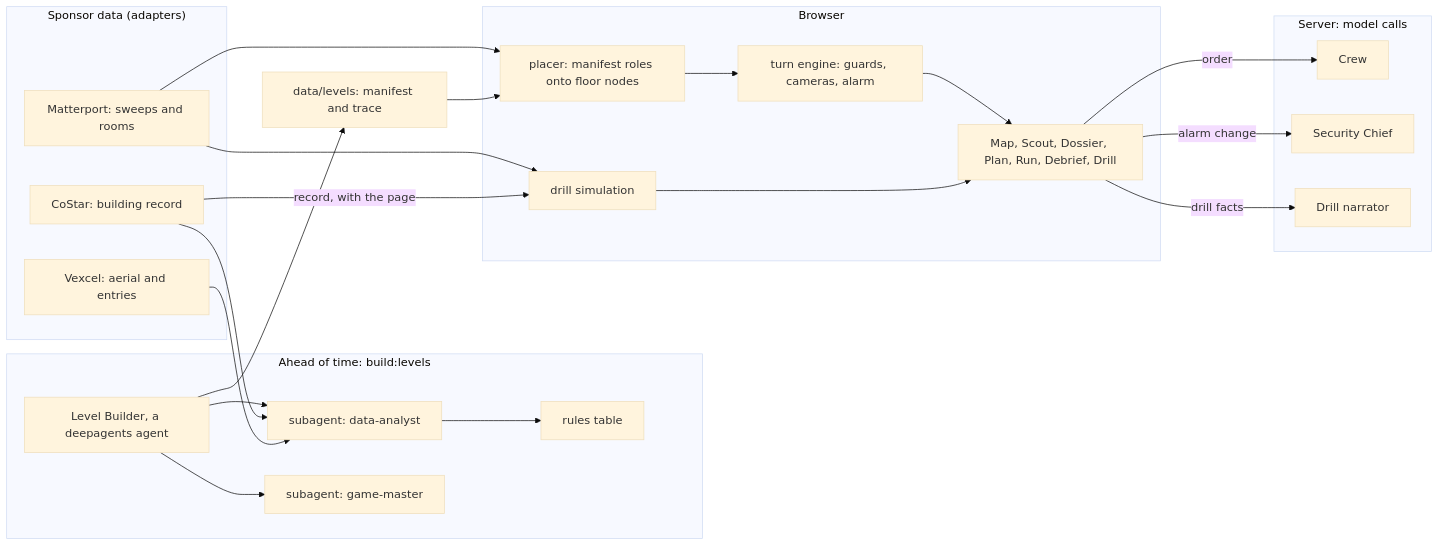
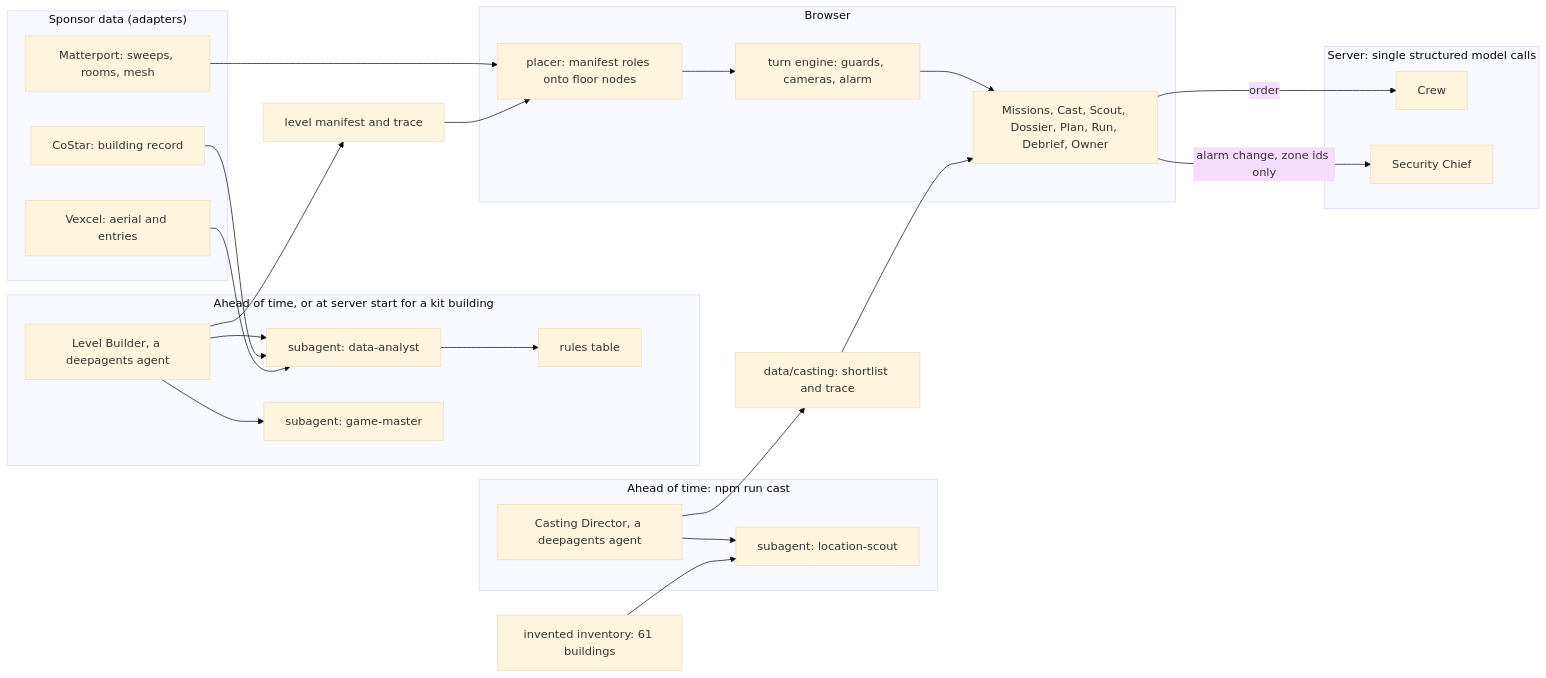
One commit to Ollienel777/Insider changed the diagram in README.md. Above: the diagram before and after it, drawn with Mermaid (base theme). The commit also changed other lines of this file, not shown here.

````diff
--- a/README.md
+++ b/README.md
@@ -116,47 +222,50 @@
 ```mermaid
 flowchart LR
   subgraph Data["Sponsor data (adapters)"]
     CS["CoStar: building record"]
     VX["Vexcel: aerial and entries"]
-    MP["Matterport: sweeps and rooms"]
+    MP["Matterport: sweeps, rooms, mesh"]
   end
 
-  subgraph Ahead["Ahead of time: build:levels"]
+  subgraph Casting["Ahead of time: npm run cast"]
+    CD["Casting Director, a deepagents agent"]
+    LS["subagent: location-scout"]
+    CD --> LS
+  end
+  INV["invented inventory: 61 buildings"] --> LS
+  CD --> SL["data/casting: shortlist and trace"]
+
+  subgraph Builder["Ahead of time, or at server start for a kit building"]
     LB["Level Builder, a deepagents agent"]
     DA["subagent: data-analyst"]
     GM["subagent: game-master"]
     RT["rules table"]
     LB --> DA
     LB --> GM
     DA --> RT
   end
 
   CS --> DA
   VX --> DA
-  LB --> MF["data/levels: manifest and trace"]
+  LB --> MF["level manifest and trace"]
 
   subgraph Browser["Browser"]
     PL["placer: manifest roles onto floor nodes"]
     EN["turn engine: guards, cameras, alarm"]
-    DR["drill simulation"]
-    UI["Map, Scout, Dossier, Plan, Run, Debrief, Drill"]
+    UI["Missions, Cast, Scout, Dossier, Plan, Run, Debrief, Owner"]
     PL --> EN
     EN --> UI
-    DR --> UI
   end
 
+  SL --> UI
   MP --> PL
   MF --> PL
-  MP --> DR
-  CS -- "record, with the page" --> DR
 
-  subgraph Live["Server: model calls"]
+  subgraph Live["Server: single structured model calls"]
     CR["Crew"]
     CH["Security Chief"]
-    NA["Drill narrator"]
   end
 
   UI -- "order" --> CR
-  UI -- "alarm change" --> CH
-  UI -- "drill facts" --> NA
+  UI -- "alarm change, zone ids only" --> CH
 ```
````
